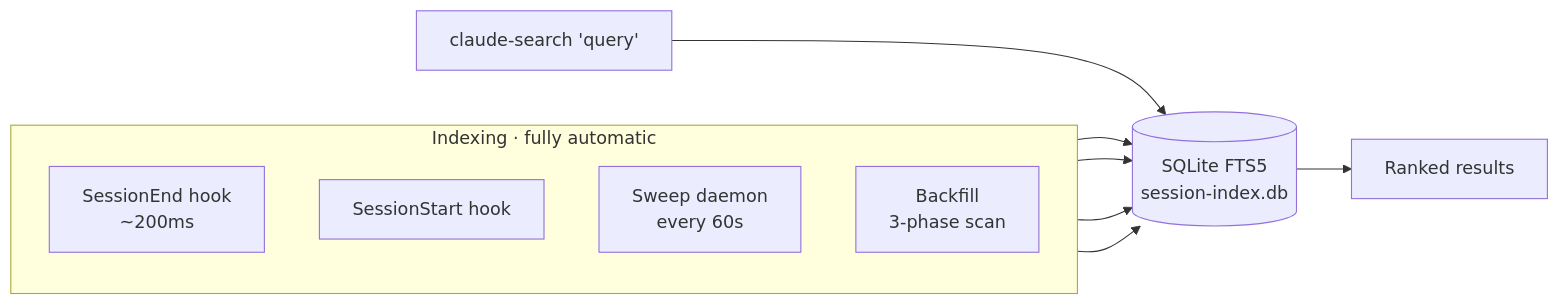
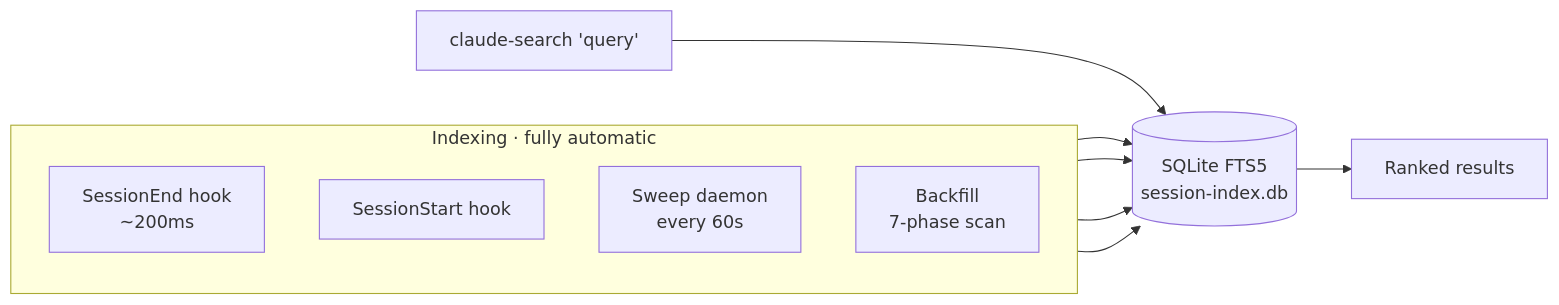
Before and after one commit to renchris/claude-session-search: the second of 2 diagrams in README.md, drawn with Mermaid. The commit also changed other lines of this file and 1 other file, not shown here.

````diff
--- a/README.md
+++ b/README.md
@@ -234,18 +233,18 @@
 ```mermaid
 flowchart LR
     subgraph feed["Indexing · fully automatic"]
         direction TB
         H1["SessionEnd hook<br/>~200ms"]
         H2["SessionStart hook"]
         H3["Sweep daemon<br/>every 60s"]
-        BF["Backfill<br/>3-phase scan"]
+        BF["Backfill<br/>7-phase scan"]
     end
     DB[("SQLite FTS5<br/>session-index.db")]
     Q["claude-search 'query'"]
     R["Ranked results"]
     H1 --> DB
     H2 --> DB
     H3 --> DB
     BF --> DB
     Q --> DB --> R
 ```
````
